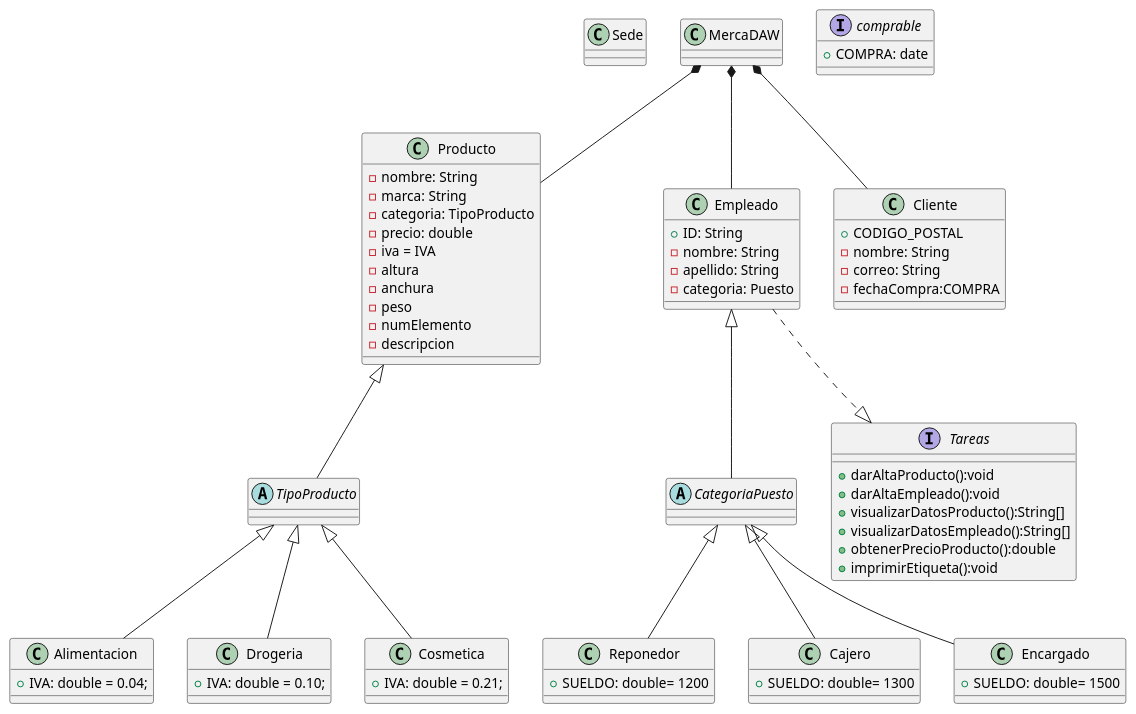
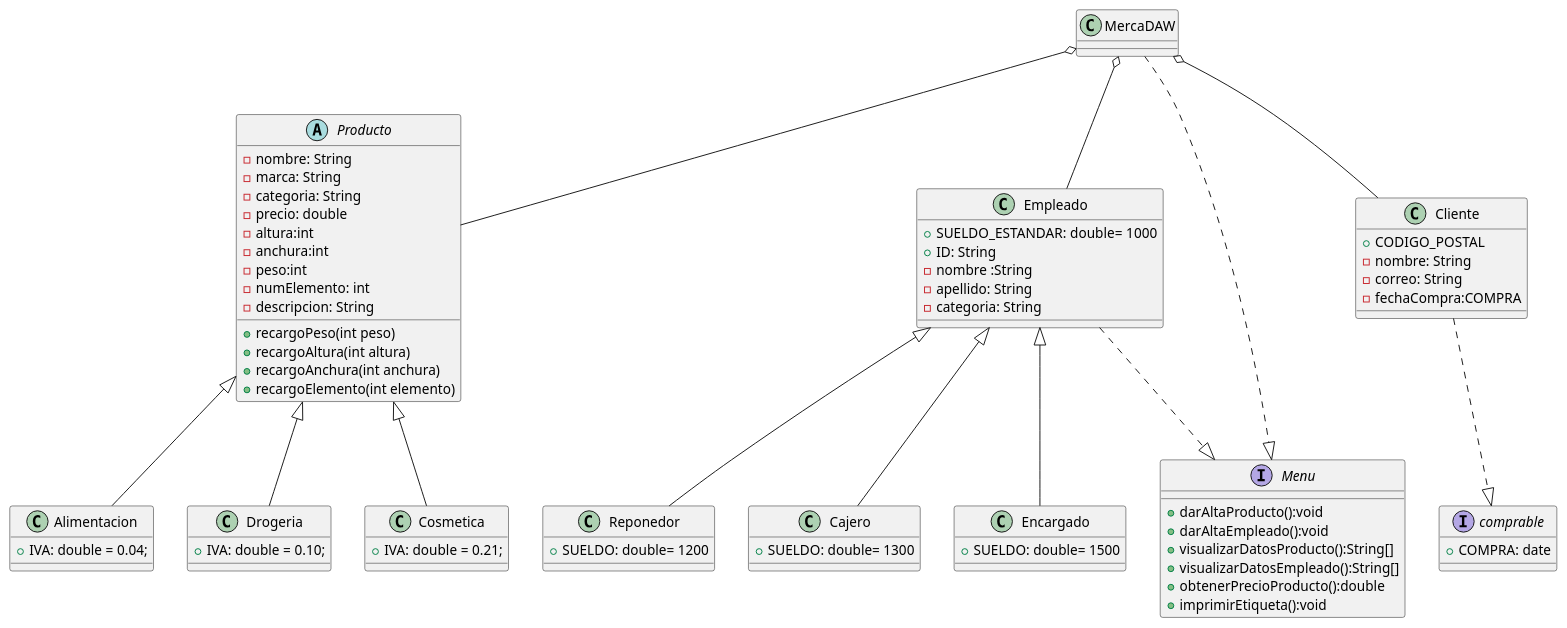
One commit to EmiOba/practica changed the diagram in docs/diagramaClases.pu. Above: the diagram before and after it, drawn with PlantUML.

Commit message:
diagrma de clase modificado

```diff
--- a/docs/diagramaClases.pu
+++ b/docs/diagramaClases.pu
@@ -2,87 +2,80 @@
 @startuml diagrama de clase 
 
-class Sede {}
-class MercaDAW{}
-class Producto{
+class MercaDAW{
+}
+abstract Producto{
    - nombre: String
    - marca: String
-   - categoria: TipoProducto
+   - categoria: String
    - precio: double
-   - iva = IVA
-   - altura
-   - anchura 
-   - peso
-   - numElemento
-   - descripcion
-
-}
-abstract TipoProducto{
-     
+   - altura:int
+   - anchura:int 
+   - peso:int
+   - numElemento: int
+   - descripcion: String
+   + recargoPeso(int peso)
+   + recargoAltura(int altura)
+   + recargoAnchura(int anchura)
+   + recargoElemento(int elemento)
 }
 class Alimentacion{
    + IVA: double = 0.04;
 }
 class Drogeria{
    + IVA: double = 0.10; 
 }
 class Cosmetica{
    + IVA: double = 0.21;
 }
-
 class Empleado{
+   + SUELDO_ESTANDAR: double= 1000
    + ID: String
-   - nombre: String
+   - nombre :String
    - apellido: String
-   - categoria: Puesto
+   - categoria: String
 }
-abstract CategoriaPuesto{}
-
 class Reponedor{
    + SUELDO: double= 1200
 }
 class Cajero{
    + SUELDO: double= 1300
 }
 class Encargado{
    + SUELDO: double= 1500
 }
-
 class Cliente{
    + CODIGO_POSTAL
    - nombre: String
    - correo: String
    - fechaCompra:COMPRA
 }
-
 interface comprable{
    +COMPRA: date
 }
-
-interface Tareas{
+interface Menu{
    + darAltaProducto():void
    + darAltaEmpleado():void
    + visualizarDatosProducto():String[]
    + visualizarDatosEmpleado():String[]
    + obtenerPrecioProducto():double
    + imprimirEtiqueta():void
 }
 
-MercaDAW *-- Producto
-MercaDAW *-- Empleado
-MercaDAW *-- Cliente
+MercaDAW o-- Producto
+MercaDAW o-- Empleado
+MercaDAW o-- Cliente
 
-Producto <|-- TipoProducto
+Producto <|-- Alimentacion 
+Producto <|-- Drogeria
+Producto <|-- Cosmetica
 
-TipoProducto <|-- Alimentacion 
-TipoProducto <|-- Drogeria
-TipoProducto <|-- Cosmetica
+Empleado <|-- Reponedor
+Empleado <|-- Cajero
+Empleado <|-- Encargado
 
-Empleado <|-- CategoriaPuesto
+Cliente ..|> comprable
 
-CategoriaPuesto <|-- Reponedor
-CategoriaPuesto <|-- Cajero
-CategoriaPuesto <|-- Encargado
-
-Empleado ..|> Tareas
+Empleado ..|> Menu
+MercaDAW ..|> Menu
 
 @enduml
```
